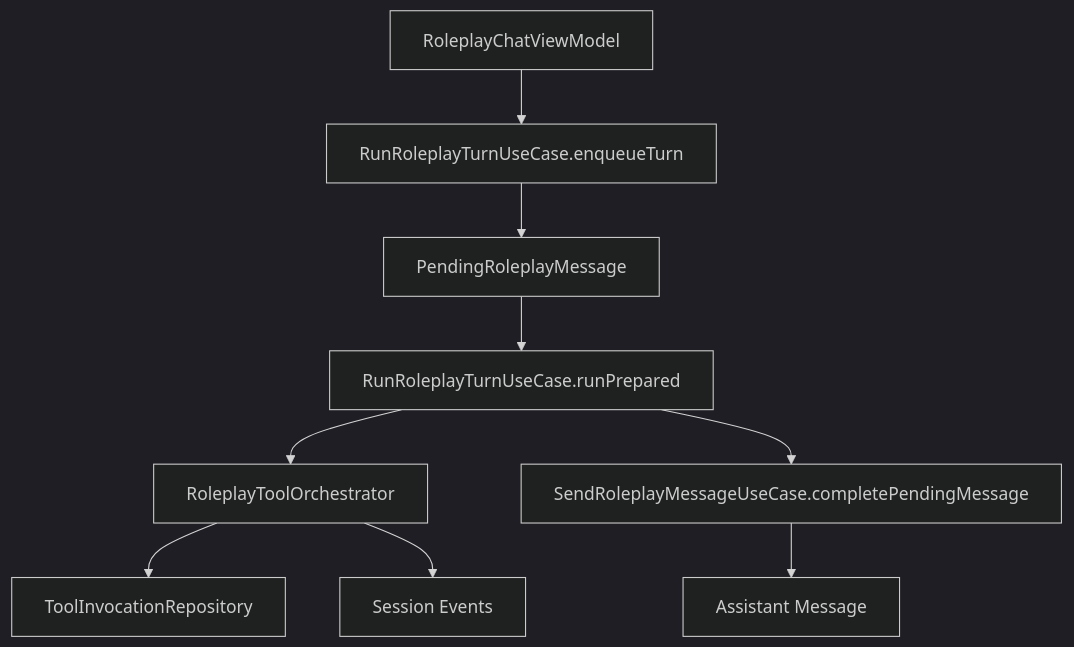
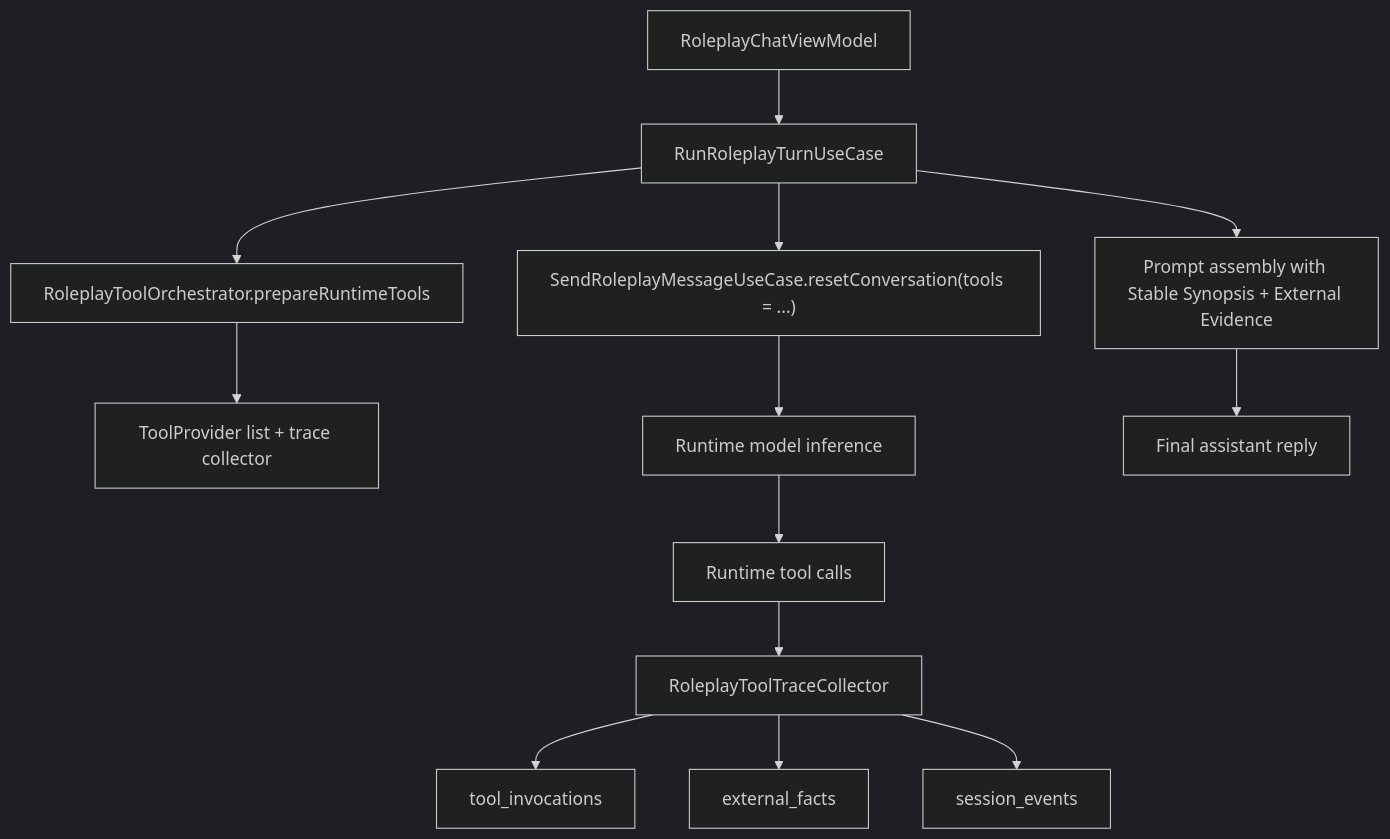
One commit to ceasarXuu/GemmaTavern changed the diagram in docs/roleplay-tooling-architecture.md. Above: the diagram before and after it, drawn with Mermaid (dark theme). The commit also changed other lines of this file and 39 other files, not shown here.

Commit message:
Refactor roleplay external evidence architecture

````diff
--- a/docs/roleplay-tooling-architecture.md
+++ b/docs/roleplay-tooling-architecture.md
@@ -89,11 +80,15 @@
 ```mermaid
 flowchart TD
-    A["RoleplayChatViewModel"] --> B["RunRoleplayTurnUseCase.enqueueTurn"]
-    B --> C["PendingRoleplayMessage"]
-    C --> D["RunRoleplayTurnUseCase.runPrepared"]
-    D --> E["RoleplayToolOrchestrator"]
-    E --> F["ToolInvocationRepository"]
-    E --> G["Session Events"]
-    D --> H["SendRoleplayMessageUseCase.completePendingMessage"]
-    H --> I["Assistant Message"]
+    A["RoleplayChatViewModel"] --> B["RunRoleplayTurnUseCase"]
+    B --> C["RoleplayToolOrchestrator.prepareRuntimeTools"]
+    C --> D["ToolProvider list + trace collector"]
+    B --> E["SendRoleplayMessageUseCase.resetConversation(tools = ...)"]
+    E --> F["Runtime model inference"]
+    F --> G["Runtime tool calls"]
+    G --> H["RoleplayToolTraceCollector"]
+    H --> I["tool_invocations"]
+    H --> J["external_facts"]
+    H --> K["session_events"]
+    B --> L["Prompt assembly with Stable Synopsis + External Evidence"]
+    L --> M["Final assistant reply"]
 ```
````
